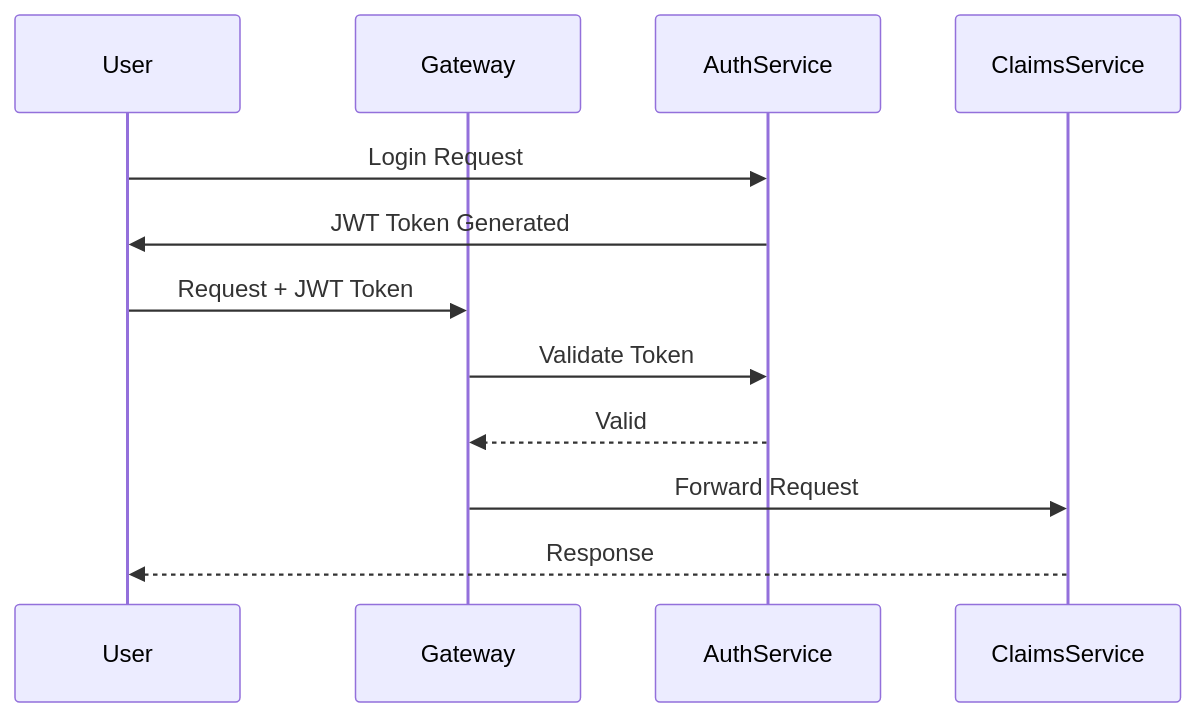
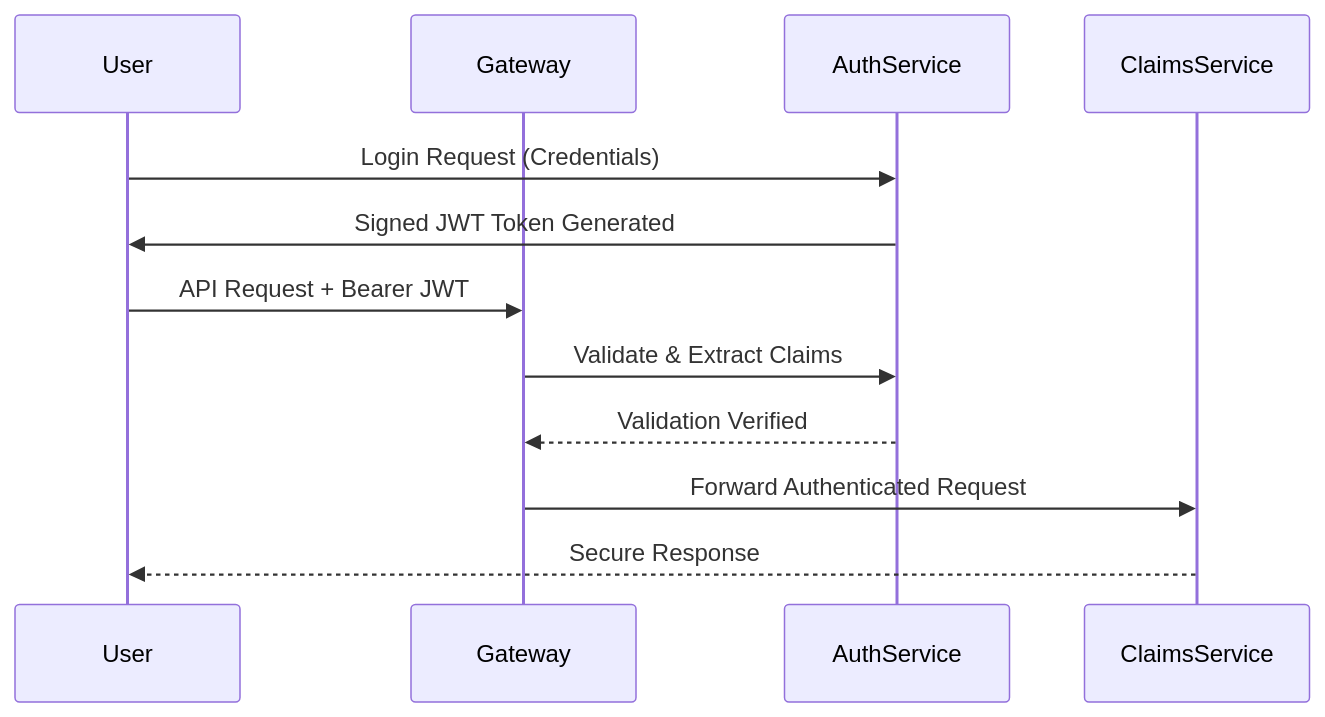
Before and after one commit to PritishSingh13/smart-sure-insurance: the third of 4 diagrams in README.md, drawn with Mermaid. The commit also changed other lines of this file, not shown here.

````diff
--- a/README.md
+++ b/README.md
@@ -106,20 +113,17 @@
 ```mermaid
 sequenceDiagram
     participant User
     participant Gateway
     participant AuthService
     participant ClaimsService
 
-    User->>AuthService: Login Request
-    AuthService->>User: JWT Token Generated
+    User->>AuthService: Login Request (Credentials)
+    AuthService->>User: Signed JWT Token Generated
 
-    User->>Gateway: Request + JWT Token
-    Gateway->>AuthService: Validate Token
-    AuthService-->>Gateway: Valid
+    User->>Gateway: API Request + Bearer JWT
+    Gateway->>AuthService: Validate & Extract Claims
+    AuthService-->>Gateway: Validation Verified
 
-    Gateway->>ClaimsService: Forward Request
-    ClaimsService-->>User: Response
-
-
-
+    Gateway->>ClaimsService: Forward Authenticated Request
+    ClaimsService-->>User: Secure Response
 ```
````
